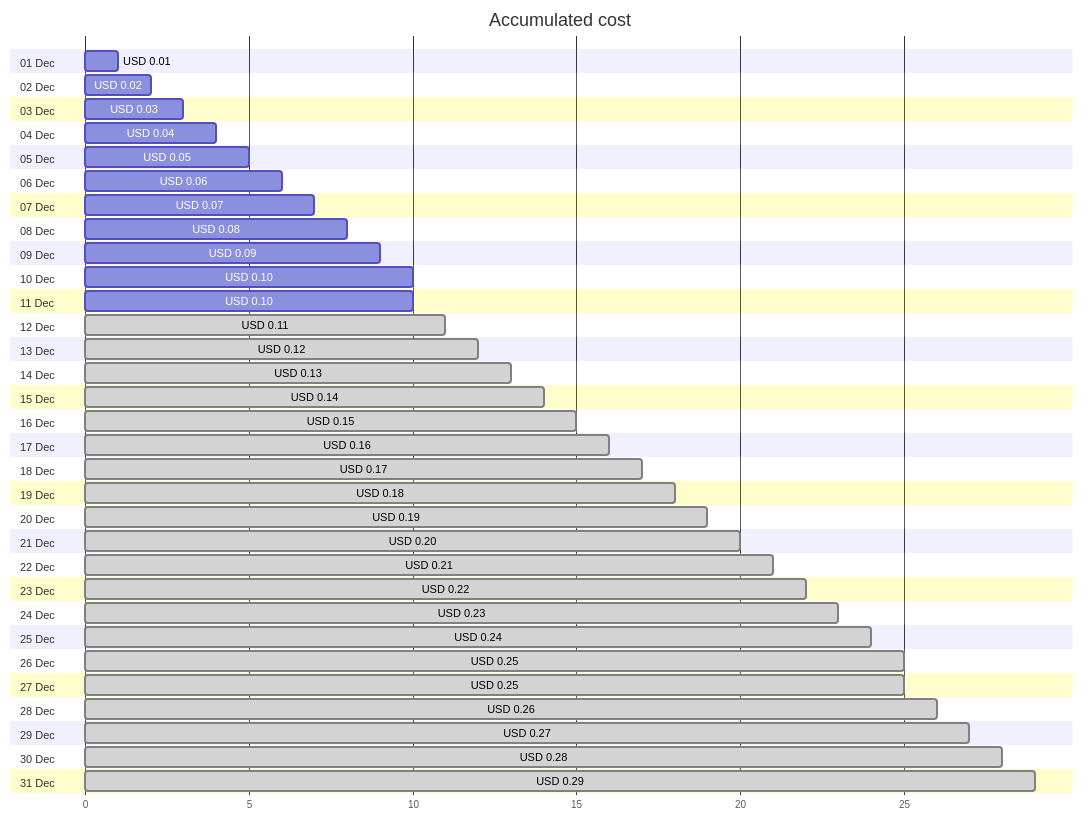
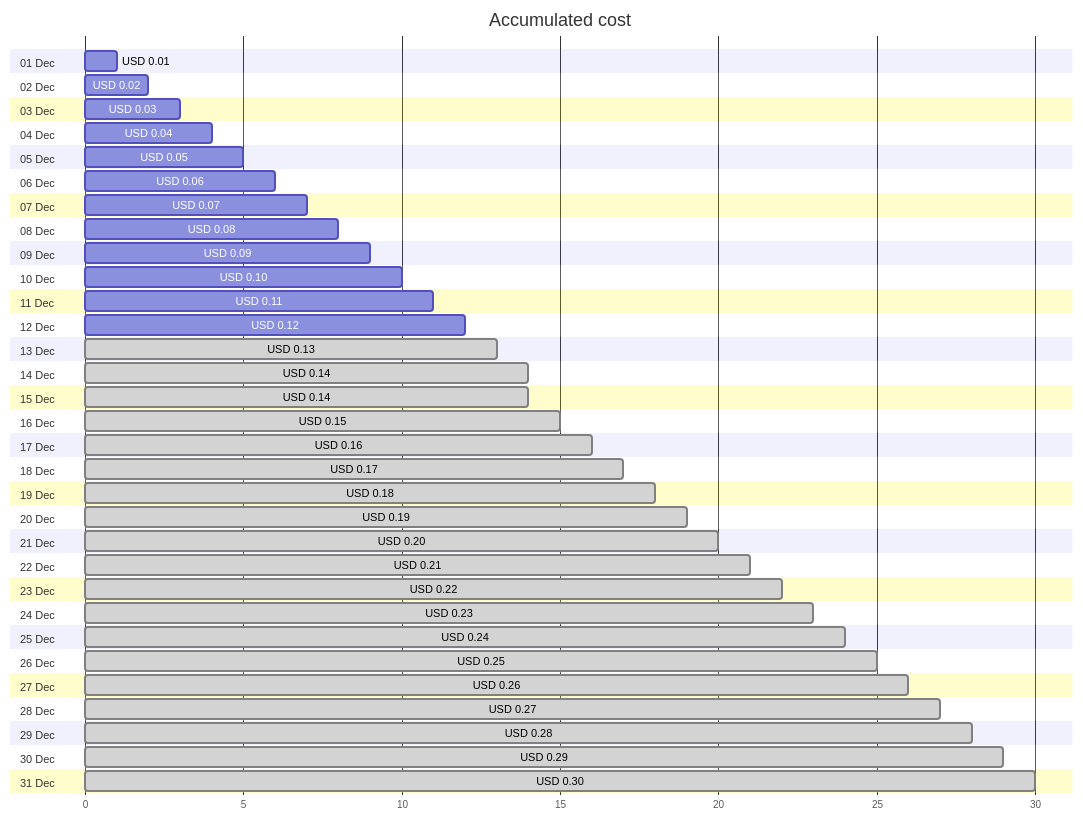
Before and after one commit to jpfulton/azure-personal-reports: the first of 4 diagrams in cost-reports/cloud-shell-storage-eastus/README.md, drawn with Mermaid. The commit also changed other lines of this file and 1 other file, not shown here.

````diff
--- a/cost-reports/cloud-shell-storage-eastus/README.md
+++ b/cost-reports/cloud-shell-storage-eastus/README.md
@@ -20,68 +20,68 @@
 ```mermaid
 gantt
    title Accumulated cost
    dateFormat  X
    axisFormat %s
    section 01 Dec
    USD 0.01 :0, 1
    section 02 Dec
    USD 0.02 :0, 2
    section 03 Dec
    USD 0.03 :0, 3
    section 04 Dec
    USD 0.04 :0, 4
    section 05 Dec
    USD 0.05 :0, 5
    section 06 Dec
    USD 0.06 :0, 6
    section 07 Dec
    USD 0.07 :0, 7
    section 08 Dec
    USD 0.08 :0, 8
    section 09 Dec
    USD 0.09 :0, 9
    section 10 Dec
    USD 0.10 :0, 10
    section 11 Dec
-   USD 0.10 :0, 10
+   USD 0.11 :0, 11
    section 12 Dec
-   USD 0.11 : done, 0, 11
+   USD 0.12 :0, 12
    section 13 Dec
-   USD 0.12 : done, 0, 12
+   USD 0.13 : done, 0, 13
    section 14 Dec
-   USD 0.13 : done, 0, 13
+   USD 0.14 : done, 0, 14
    section 15 Dec
    USD 0.14 : done, 0, 14
    section 16 Dec
    USD 0.15 : done, 0, 15
    section 17 Dec
    USD 0.16 : done, 0, 16
    section 18 Dec
    USD 0.17 : done, 0, 17
    section 19 Dec
    USD 0.18 : done, 0, 18
    section 20 Dec
    USD 0.19 : done, 0, 19
    section 21 Dec
    USD 0.20 : done, 0, 20
    section 22 Dec
    USD 0.21 : done, 0, 21
    section 23 Dec
    USD 0.22 : done, 0, 22
    section 24 Dec
    USD 0.23 : done, 0, 23
    section 25 Dec
    USD 0.24 : done, 0, 24
    section 26 Dec
    USD 0.25 : done, 0, 25
    section 27 Dec
-   USD 0.25 : done, 0, 25
+   USD 0.26 : done, 0, 26
    section 28 Dec
-   USD 0.26 : done, 0, 26
+   USD 0.27 : done, 0, 27
    section 29 Dec
-   USD 0.27 : done, 0, 27
+   USD 0.28 : done, 0, 28
    section 30 Dec
-   USD 0.28 : done, 0, 28
+   USD 0.29 : done, 0, 29
    section 31 Dec
-   USD 0.29 : done, 0, 29
+   USD 0.30 : done, 0, 30
 ```
````
